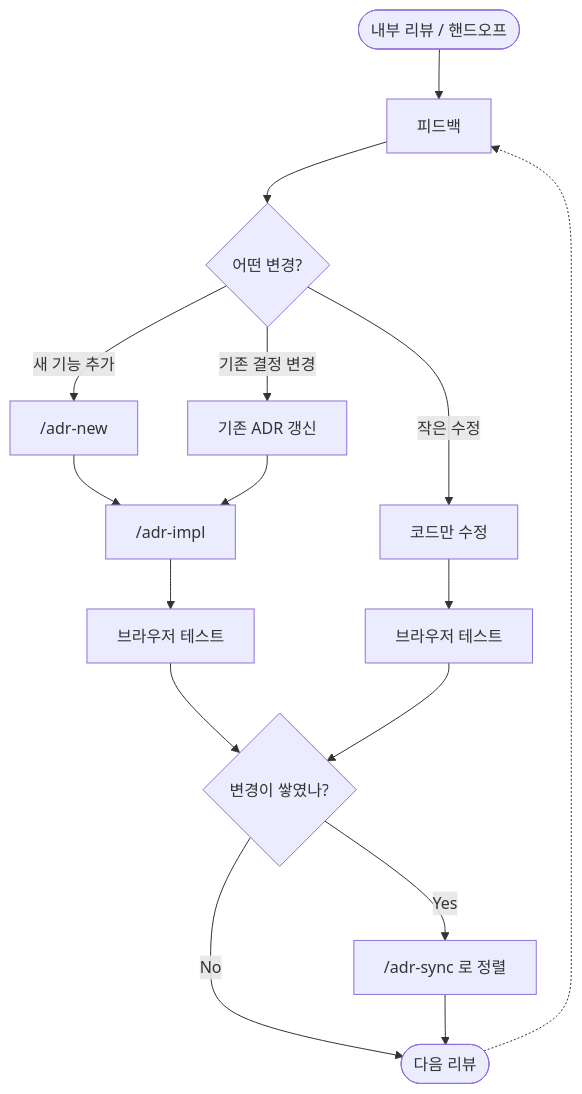
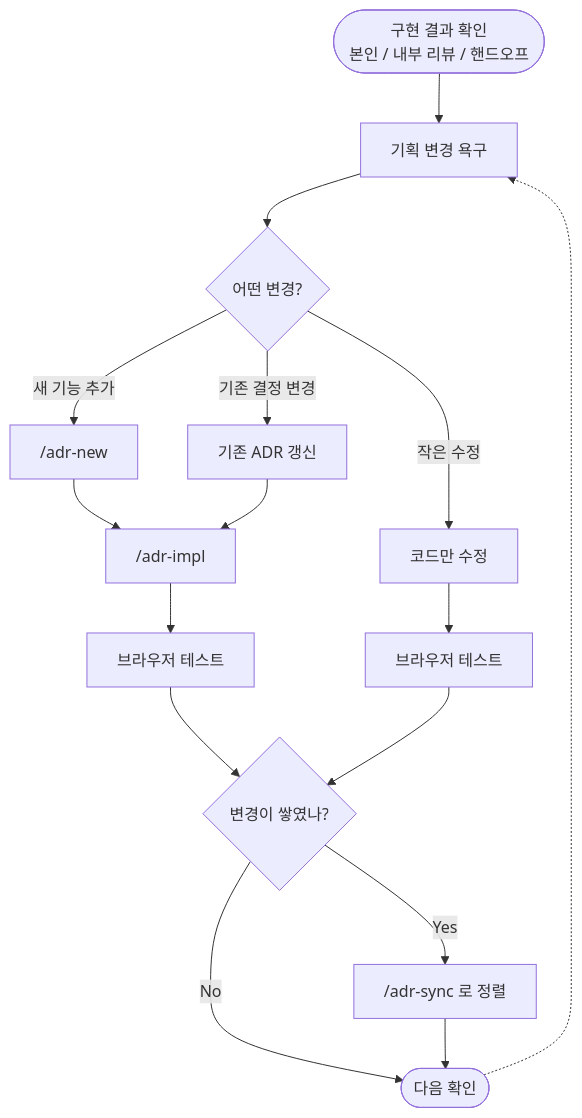
The diagram in packages/workshop/content/lab-3-development/evolve-poc.ko.md (haandol/ui-poc-workspace), drawn with Mermaid before and after one commit. The commit also changed other lines of this file and 1 other file, not shown here.

Commit message:
docs(workshop): reframe evolve-poc around the fast plan→build→see→re-plan loop
The previous opener treated change requests as something that arrives only when the PoC is taken to an internal review or an engineering handoff. The actual workshop premise is broader: the moment an idea becomes a running screen — even just for the planner watching it — the urge to re-plan kicks in. Re-anchor the page on that loop, and widen the cycle diagram's entry node to cover self-review alongside internal review and handoff.

````diff
--- a/packages/workshop/content/lab-3-development/evolve-poc.ko.md
+++ b/packages/workshop/content/lab-3-development/evolve-poc.ko.md
@@ -73,18 +73,18 @@
 ```mermaid
 flowchart TD
-    Review([내부 리뷰 / 핸드오프]) --> FB[피드백]
+    Review([구현 결과 확인<br/>본인 / 내부 리뷰 / 핸드오프]) --> FB[기획 변경 욕구]
     FB --> Kind{어떤 변경?}
     Kind -- 새 기능 추가 --> New["/adr-new"]
     Kind -- 기존 결정 변경 --> A1[기존 ADR 갱신]
     Kind -- 작은 수정 --> Code[코드만 수정]
     New --> Impl["/adr-impl"]
     A1 --> Impl
     Impl --> Test1[브라우저 테스트]
     Code --> Test2[브라우저 테스트]
     Test1 --> Drift{변경이 쌓였나?}
     Test2 --> Drift
     Drift -- Yes --> Sync["/adr-sync 로 정렬"]
-    Drift -- No --> Next([다음 리뷰])
+    Drift -- No --> Next([다음 확인])
     Sync --> Next
     Next -.-> FB
 ```
````
